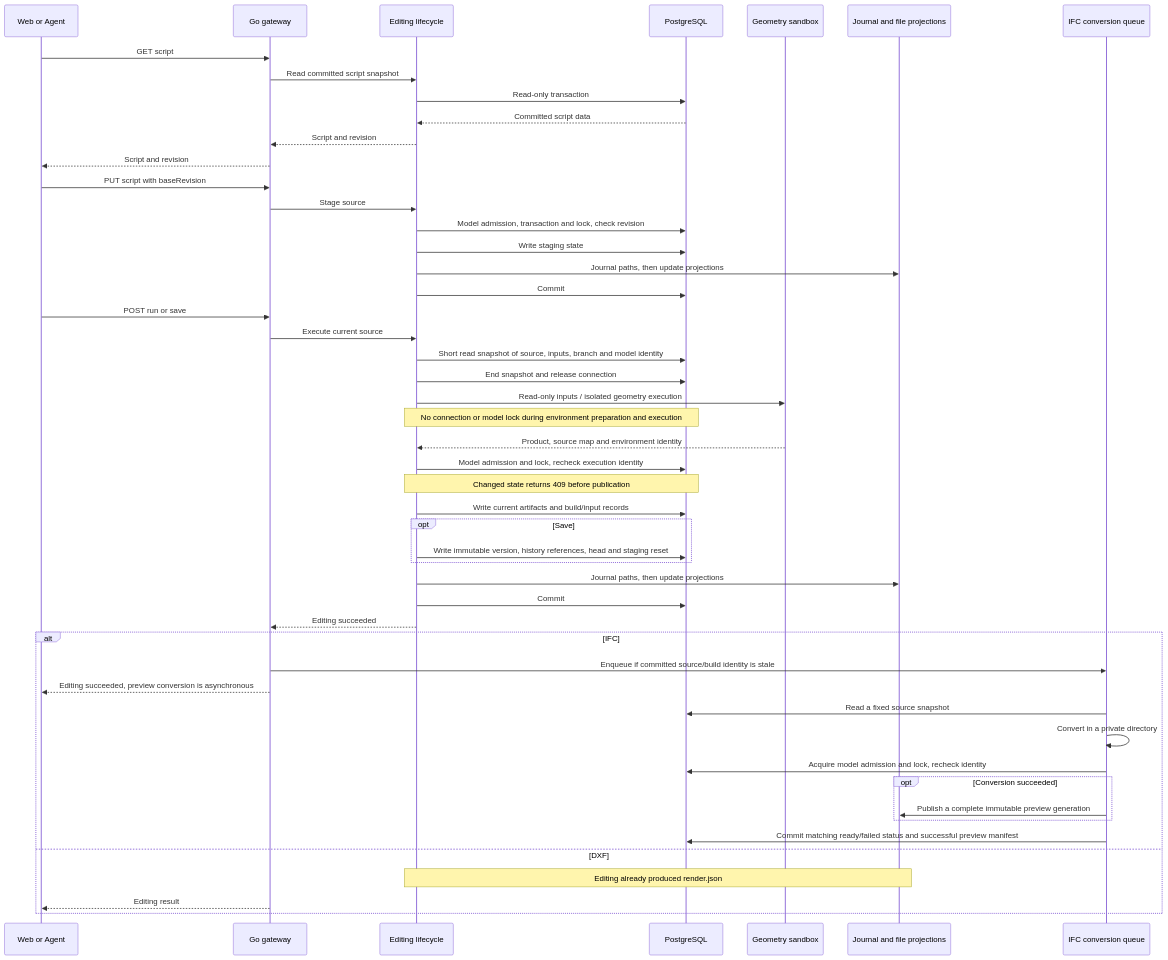
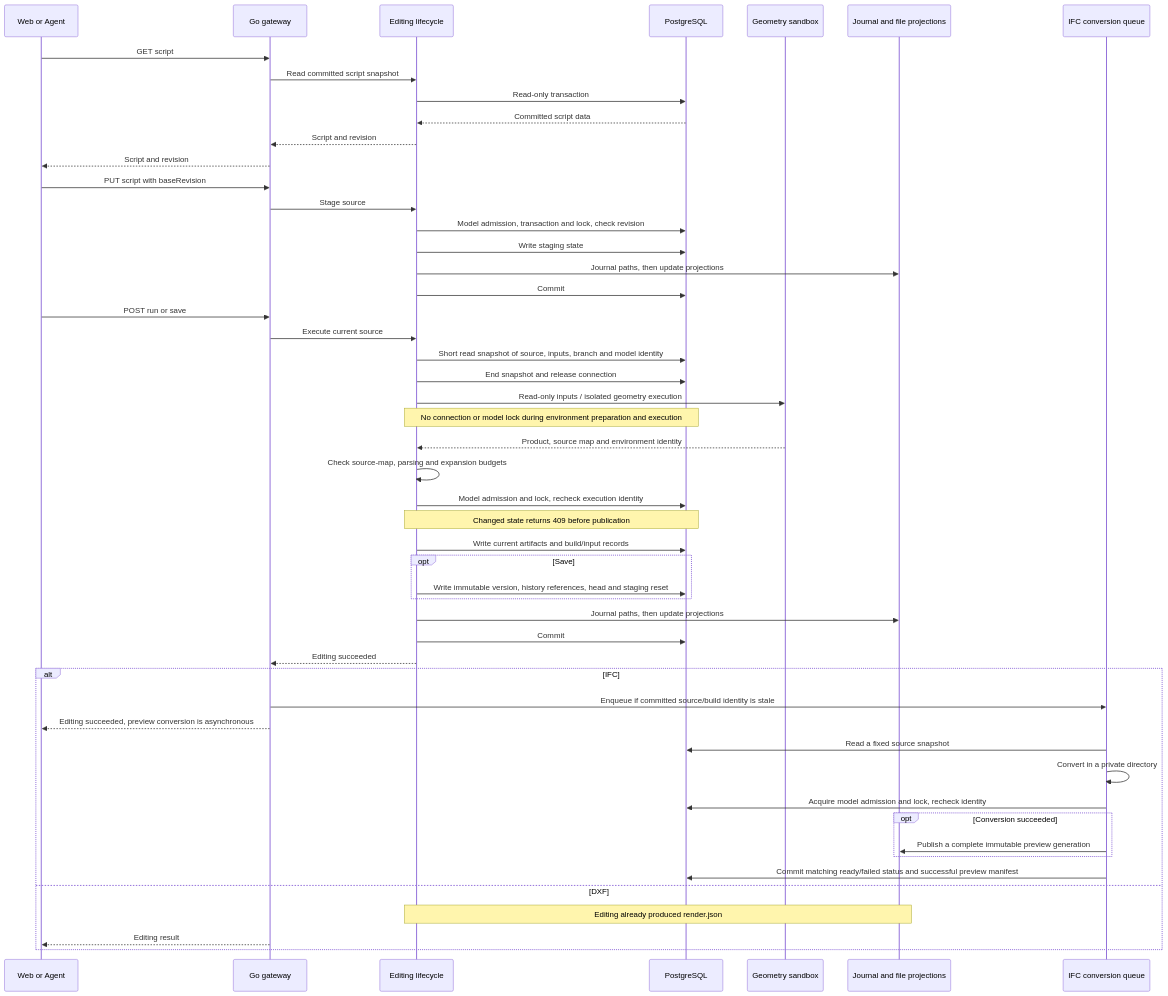
Before and after one commit to 0702hjj/SourceAEC: the second of 2 diagrams in README.md, drawn with Mermaid. The commit also changed other lines of this file and 17 other files, not shown here.

````diff
--- a/README.md
+++ b/README.md
@@ -84,52 +85,53 @@
 ```mermaid
 sequenceDiagram
     participant U as Web or Agent
     participant A as Go gateway
     participant E as Editing lifecycle
     participant P as PostgreSQL
     participant S as Geometry sandbox
     participant F as Journal and file projections
     participant Q as IFC conversion queue
     U->>A: GET script
     A->>E: Read committed script snapshot
     E->>P: Read-only transaction
     P-->>E: Committed script data
     E-->>A: Script and revision
     A-->>U: Script and revision
     U->>A: PUT script with baseRevision
     A->>E: Stage source
     E->>P: Model admission, transaction and lock, check revision
     E->>P: Write staging state
     E->>F: Journal paths, then update projections
     E->>P: Commit
     U->>A: POST run or save
     A->>E: Execute current source
     E->>P: Short read snapshot of source, inputs, branch and model identity
     E->>P: End snapshot and release connection
     E->>S: Read-only inputs / isolated geometry execution
     Note over E,P: No connection or model lock during environment preparation and execution
     S-->>E: Product, source map and environment identity
+    E->>E: Check source-map, parsing and expansion budgets
     E->>P: Model admission and lock, recheck execution identity
     Note over E,P: Changed state returns 409 before publication
     E->>P: Write current artifacts and build/input records
     opt Save
         E->>P: Write immutable version, history references, head and staging reset
     end
     E->>F: Journal paths, then update projections
     E->>P: Commit
     E-->>A: Editing succeeded
     alt IFC
         A->>Q: Enqueue if committed source/build identity is stale
         A-->>U: Editing succeeded, preview conversion is asynchronous
         Q->>P: Read a fixed source snapshot
         Q->>Q: Convert in a private directory
         Q->>P: Acquire model admission and lock, recheck identity
         opt Conversion succeeded
             Q->>F: Publish a complete immutable preview generation
         end
         Q->>P: Commit matching ready/failed status and successful preview manifest
     else DXF
         Note over E,F: Editing already produced render.json
         A-->>U: Editing result
     end
 ```
````
